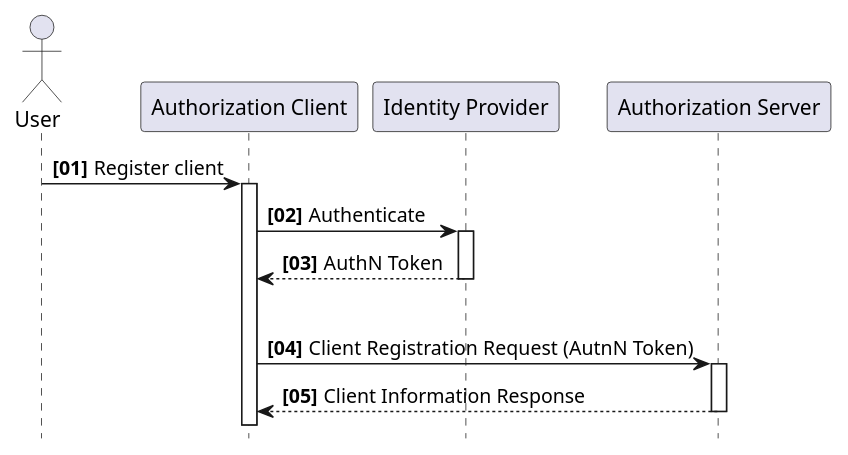
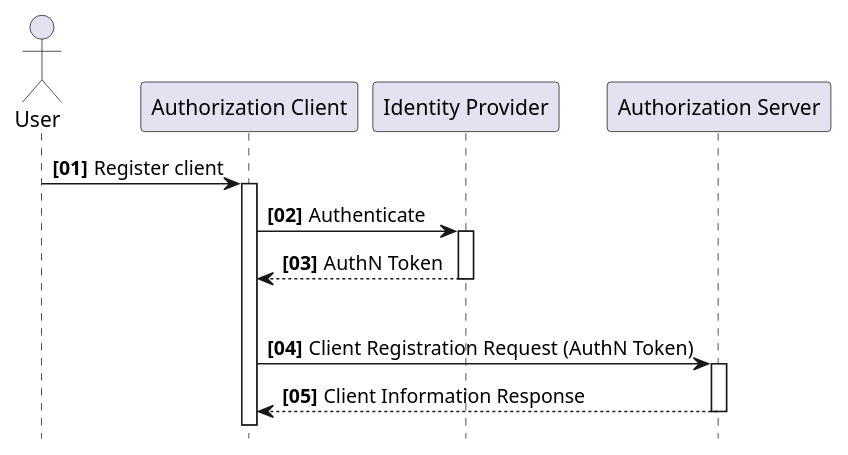
One commit to ehealthsuisse/ch-health-dossier changed the diagram in input/images-source/ClientRegistration-PS.plantuml. Above: the diagram before and after it, drawn with PlantUML. The commit also changed 3 other files, not shown here.

First line of the commit message:
Fix editorial issues in the client registration page

```diff
--- a/input/images-source/ClientRegistration-PS.plantuml
+++ b/input/images-source/ClientRegistration-PS.plantuml
@@ -1,21 +1,21 @@
 @startuml
 hide footbox
 
 actor "User" as User
 participant "Authorization Client" as Client
 participant "Identity Provider" as IdP
 participant "Authorization Server" as AuthzServer
 
 autonumber 1 1 "<b>[00]</b>"
 autoactivate on
 
 User -> Client: Register client
 Client -> IdP: Authenticate
 IdP --> Client: AuthN Token
 
 |||
 
-Client -> AuthzServer: Client Registration Request (AutnN Token)
+Client -> AuthzServer: Client Registration Request (AuthN Token)
 AuthzServer --> Client: Client Information Response
 
 @enduml
```
